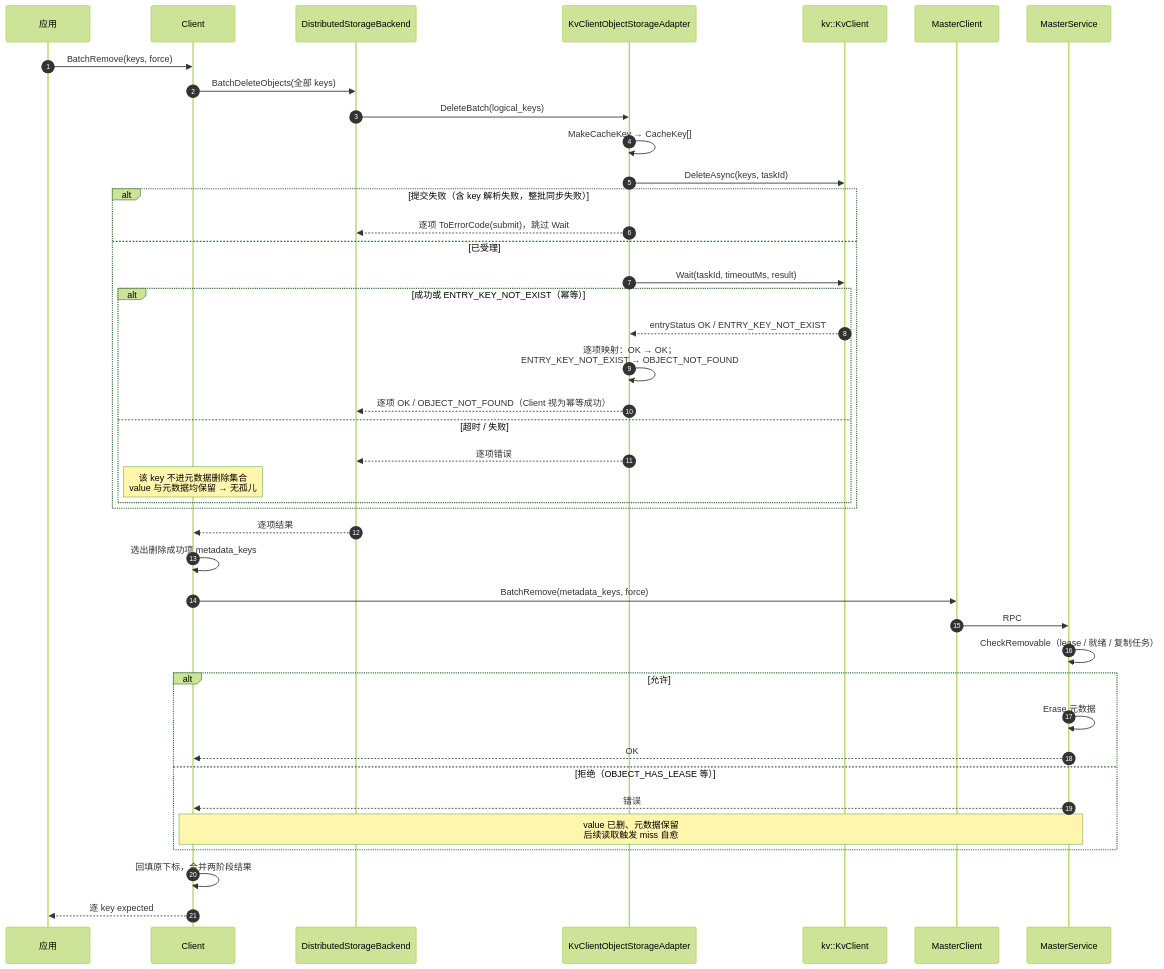
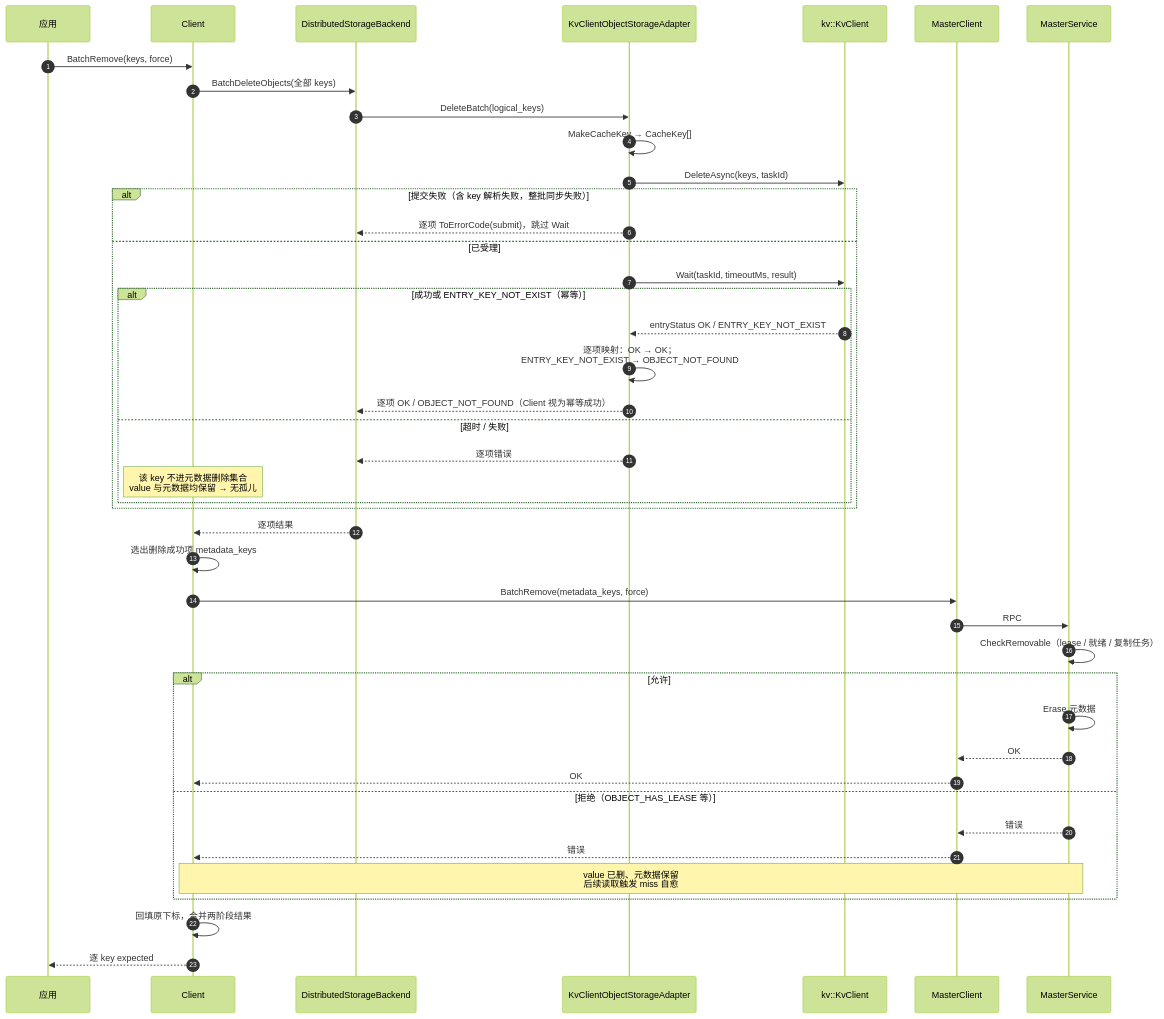
Before and after one commit to zwj20000328-dotcom/Mooncake-documents: diagram 11 of 13 in Mooncake + KVClient L3 接入（Kvcs）- v3.md, drawn with Mermaid (forest theme). The commit also changed other lines of this file, not shown here.

Commit message:
docs: fix staging-path, diagram and build inconsistencies found by the final audit

````diff
--- a/Mooncake + KVClient L3 接入（Kvcs）- v3.md
+++ b/Mooncake + KVClient L3 接入（Kvcs）- v3.md
@@ -685,44 +689,46 @@
 ```mermaid
 sequenceDiagram
     autonumber
     participant APP as 应用
     participant C as Client
     participant BE as DistributedStorageBackend
     participant AD as KvClientObjectStorageAdapter
     participant SDK as kv::KvClient
     participant MC as MasterClient
     participant M as MasterService
 
     APP->>C: BatchRemove(keys, force)
     C->>BE: BatchDeleteObjects(全部 keys)
     BE->>AD: DeleteBatch(logical_keys)
     AD->>AD: MakeCacheKey → CacheKey[]
     AD->>SDK: DeleteAsync(keys, taskId)
     alt 提交失败（含 key 解析失败，整批同步失败）
         AD-->>BE: 逐项 ToErrorCode(submit)，跳过 Wait
     else 已受理
         AD->>SDK: Wait(taskId, timeoutMs, result)
         alt 成功或 ENTRY_KEY_NOT_EXIST（幂等）
             SDK-->>AD: entryStatus OK / ENTRY_KEY_NOT_EXIST
             AD->>AD: 逐项映射：OK → OK；<br/>ENTRY_KEY_NOT_EXIST → OBJECT_NOT_FOUND
             AD-->>BE: 逐项 OK / OBJECT_NOT_FOUND（Client 视为幂等成功）
         else 超时 / 失败
             AD-->>BE: 逐项错误
             Note over C: 该 key 不进元数据删除集合<br/>value 与元数据均保留 → 无孤儿
         end
     end
     BE-->>C: 逐项结果
     C->>C: 选出删除成功项 metadata_keys
     C->>MC: BatchRemove(metadata_keys, force)
     MC->>M: RPC
     M->>M: CheckRemovable（lease / 就绪 / 复制任务）
     alt 允许
         M->>M: Erase 元数据
-        M-->>C: OK
+        M-->>MC: OK
+        MC-->>C: OK
     else 拒绝（OBJECT_HAS_LEASE 等）
-        M-->>C: 错误
+        M-->>MC: 错误
+        MC-->>C: 错误
         Note over C,M:  value 已删、元数据保留<br/>后续读取触发 miss 自愈
     end
     C->>C: 回填原下标，合并两阶段结果
     C-->>APP: 逐 key expected
 ```
````
